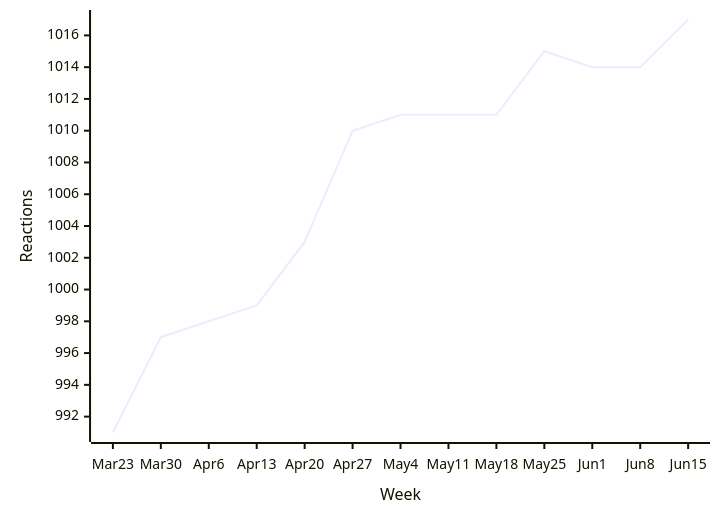
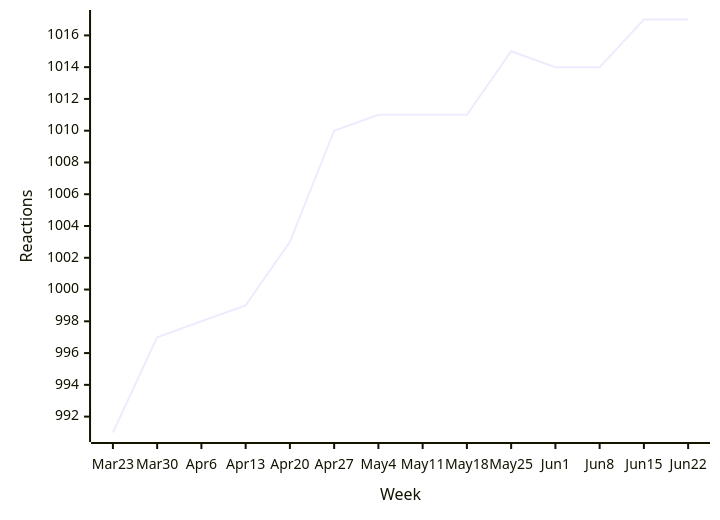
One commit to loic-sharma/github-insights changed the fourth of 50 diagrams in README.md. Above: the diagram before and after it, drawn with Mermaid. The commit also changed other lines of this file and 3 other files, not shown here.

````diff
--- a/README.md
+++ b/README.md
@@ -390,6 +390,6 @@
   ```mermaid
   xychart-beta
-    x-axis "Week" [Mar 23, Mar 30, Apr 6, Apr 13, Apr 20, Apr 27, May 4, May 11, May 18, May 25, Jun 1, Jun 8, Jun 15]
+    x-axis "Week" [Mar 23, Mar 30, Apr 6, Apr 13, Apr 20, Apr 27, May 4, May 11, May 18, May 25, Jun 1, Jun 8, Jun 15, Jun 22]
     y-axis "Reactions"
-    line [991, 997, 998, 999, 1003, 1010, 1011, 1011, 1011, 1015, 1014, 1014, 1017]
+    line [991, 997, 998, 999, 1003, 1010, 1011, 1011, 1011, 1015, 1014, 1014, 1017, 1017]
   ```
````
